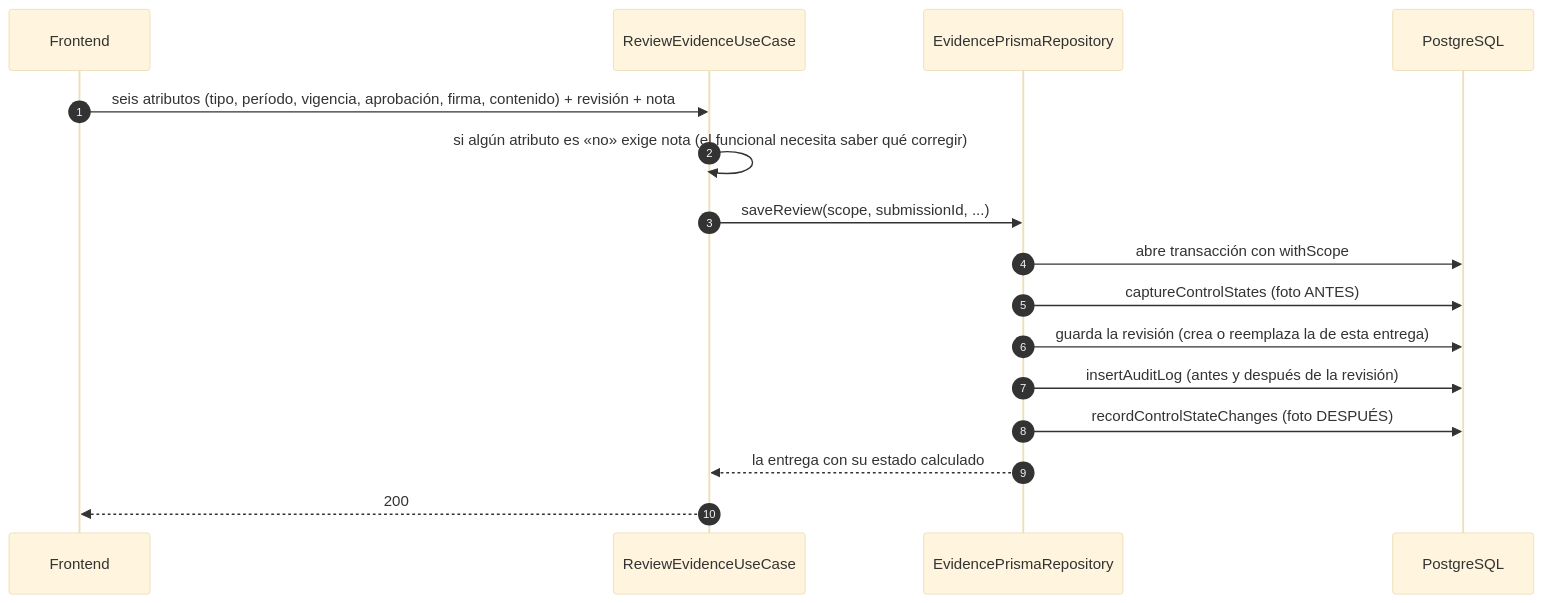
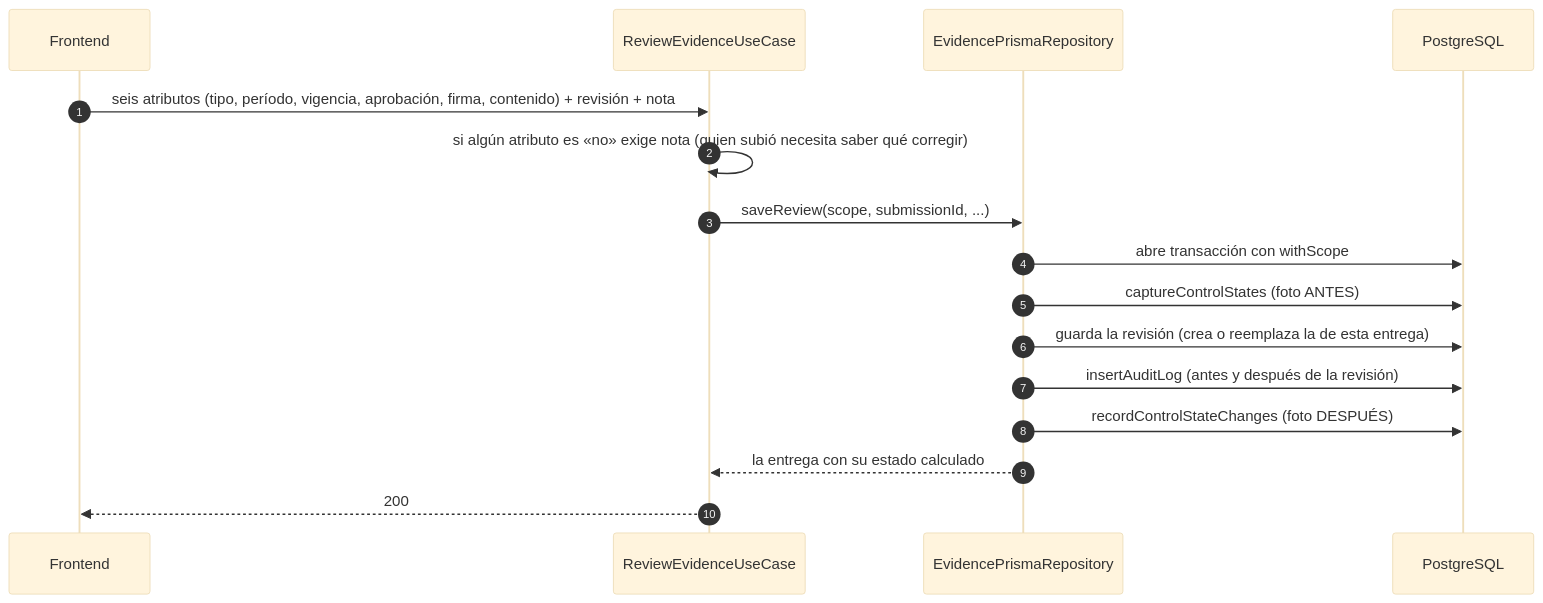
Before and after one commit to Monkey-GRC/Monkey-Brain-IA: the second of 2 diagrams in skills/product/monkey-compliance-council/references/arquitectura/cumplimiento/evidencia/03-flujos.md, drawn with Mermaid (base theme). The commit also changed other lines of this file and 168 other files, not shown here.

Commit message:
docs(brain): user stories and use cases with UML for all 13 modules, Jira epics MD-316..MD-324, branded PDF export, stories only from decided items, D113 approved, closed DT-1/9/10/25/32/33/34/35/57, SEG-45/60/71 done and SEG-59 reopened, contracts and module docs aligned with the code (MD-246)

````diff
--- a/skills/product/monkey-compliance-council/references/arquitectura/cumplimiento/evidencia/03-flujos.md
+++ b/skills/product/monkey-compliance-council/references/arquitectura/cumplimiento/evidencia/03-flujos.md
@@ -55,19 +55,19 @@
 ```mermaid
 sequenceDiagram
     autonumber
     participant FE as Frontend
     participant UC as ReviewEvidenceUseCase
     participant R as EvidencePrismaRepository
     participant DB as PostgreSQL
 
     FE->>UC: seis atributos (tipo, período, vigencia, aprobación, firma, contenido) + revisión + nota
-    UC->>UC: si algún atributo es «no» exige nota (el funcional necesita saber qué corregir)
+    UC->>UC: si algún atributo es «no» exige nota (quien subió necesita saber qué corregir)
     UC->>R: saveReview(scope, submissionId, ...)
     R->>DB: abre transacción con withScope
     R->>DB: captureControlStates (foto ANTES)
     R->>DB: guarda la revisión (crea o reemplaza la de esta entrega)
     R->>DB: insertAuditLog (antes y después de la revisión)
     R->>DB: recordControlStateChanges (foto DESPUÉS)
     R-->>UC: la entrega con su estado calculado
     UC-->>FE: 200
 ```
````
